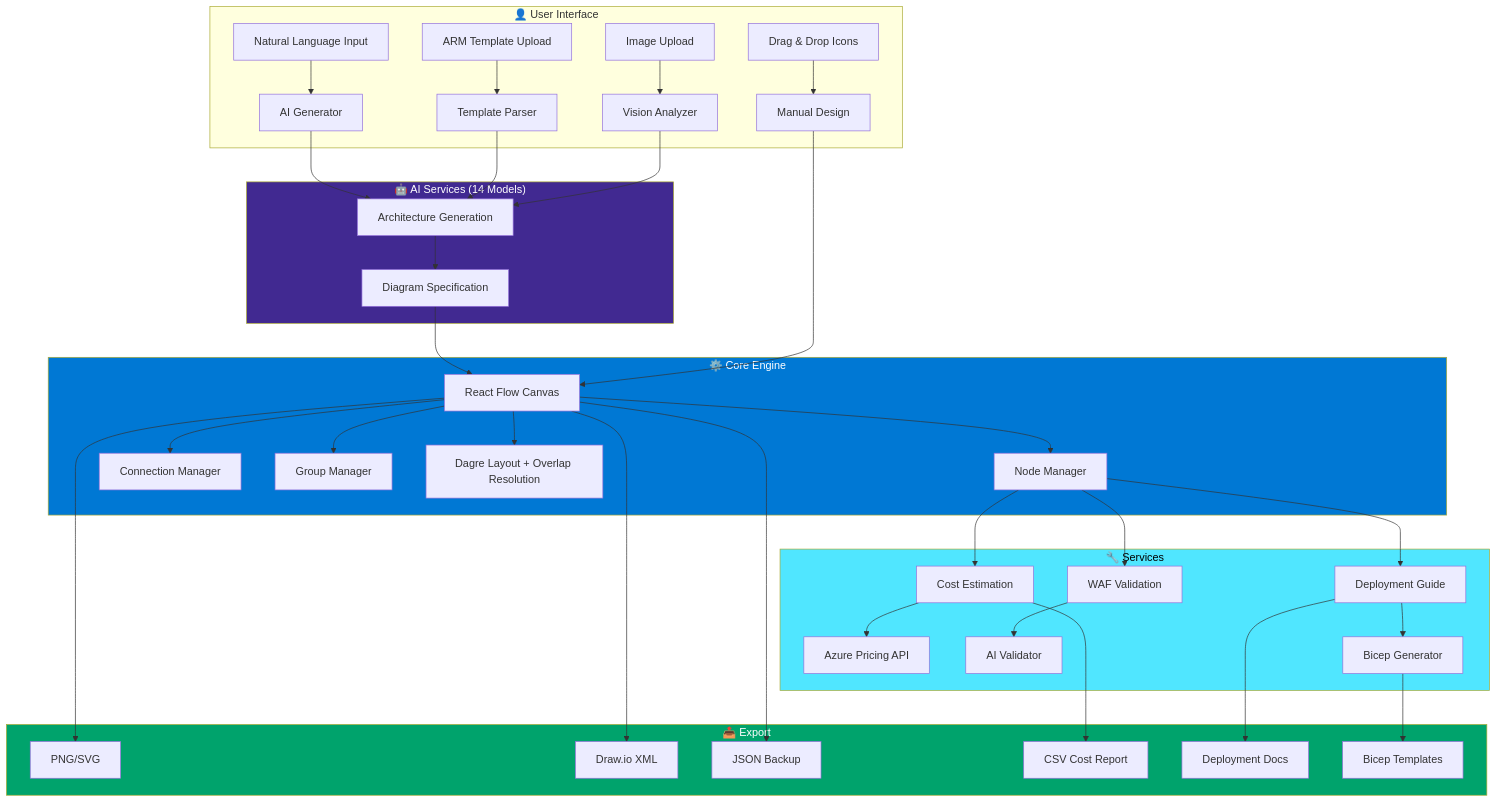
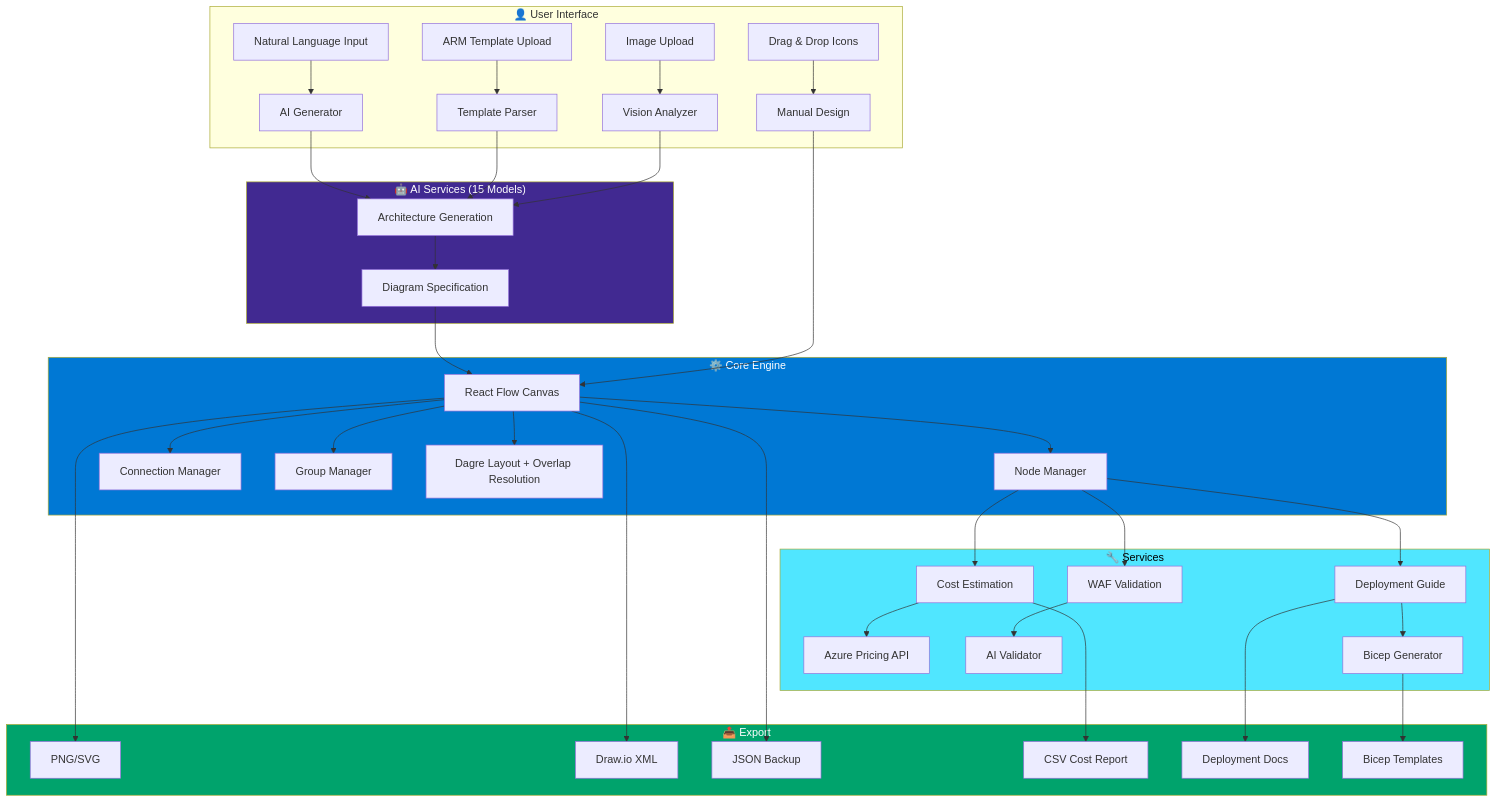
Before and after one commit to Arturo-Quiroga-MSFT/azure-architecture-diagram-builder: the first of 3 diagrams in README.md, drawn with Mermaid. The commit also changed other lines of this file and 16 other files, not shown here.

````diff
--- a/README.md
+++ b/README.md
@@ -252,48 +252,48 @@
 ```mermaid
 flowchart TD
     subgraph User["👤 User Interface"]
         A[Natural Language Input] --> B[AI Generator]
         C[ARM Template Upload] --> D[Template Parser]
         E[Drag & Drop Icons] --> F[Manual Design]
         G[Image Upload] --> H[Vision Analyzer]
     end
 
-    subgraph AI["🤖 AI Services (14 Models)"]
+    subgraph AI["🤖 AI Services (15 Models)"]
         B --> I[Architecture Generation]
         D --> I
         H --> I
         I --> J[Diagram Specification]
     end
 
     subgraph Core["⚙️ Core Engine"]
         J --> K[React Flow Canvas]
         F --> K
         K --> L[Node Manager]
         K --> M[Connection Manager]
         K --> N[Group Manager]
         K --> O[Dagre Layout + Overlap Resolution]
     end
 
     subgraph Services["🔧 Services"]
         L --> P[Cost Estimation]
         L --> Q[WAF Validation]
         L --> R[Deployment Guide]
         P --> S[Azure Pricing API]
         Q --> T[AI Validator]
         R --> U[Bicep Generator]
     end
 
     subgraph Export["📤 Export"]
         K --> V[PNG/SVG]
         K --> W[Draw.io XML]
         K --> X[JSON Backup]
         P --> Y[CSV Cost Report]
         R --> Z[Deployment Docs]
         U --> AA[Bicep Templates]
     end
 
     style AI fill:#412991,color:#fff
     style Core fill:#0078D4,color:#fff
     style Services fill:#50E6FF,color:#000
     style Export fill:#00A36C,color:#fff
 ```
````
